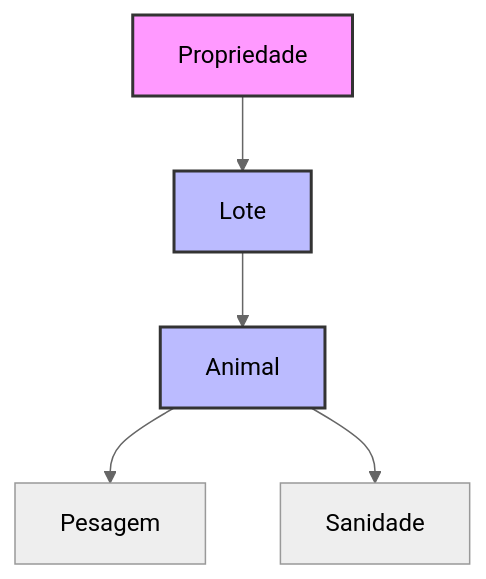
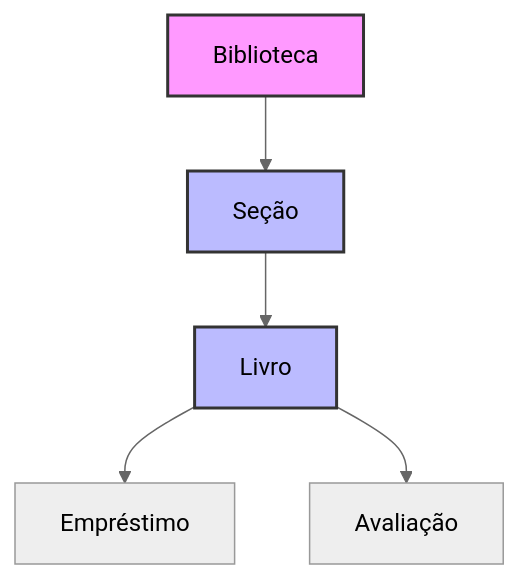
One commit to berlotto/ebook-langchain-rag changed the second of 2 diagrams in documents/7-LangGraph-Modelagem.md. Above: the diagram before and after it, drawn with Mermaid (neutral theme). The commit also changed other lines of this file and 10 other files, not shown here.

````diff
--- a/documents/7-LangGraph-Modelagem.md
+++ b/documents/7-LangGraph-Modelagem.md
@@ -141,11 +141,11 @@
 ```mermaid
 graph TD
-    A[Propriedade] --> B[Lote]
-    B --> C[Animal]
-    C --> D[Pesagem]
-    C --> E[Sanidade]
+    A[Biblioteca] --> B[Seção]
+    B --> C[Livro]
+    C --> D[Empréstimo]
+    C --> E[Avaliação]
     
     style A fill:#f9f,stroke:#333,stroke-width:2px
     style B fill:#bbf,stroke:#333,stroke-width:2px
     style C fill:#bbf,stroke:#333,stroke-width:2px
 ```
````
